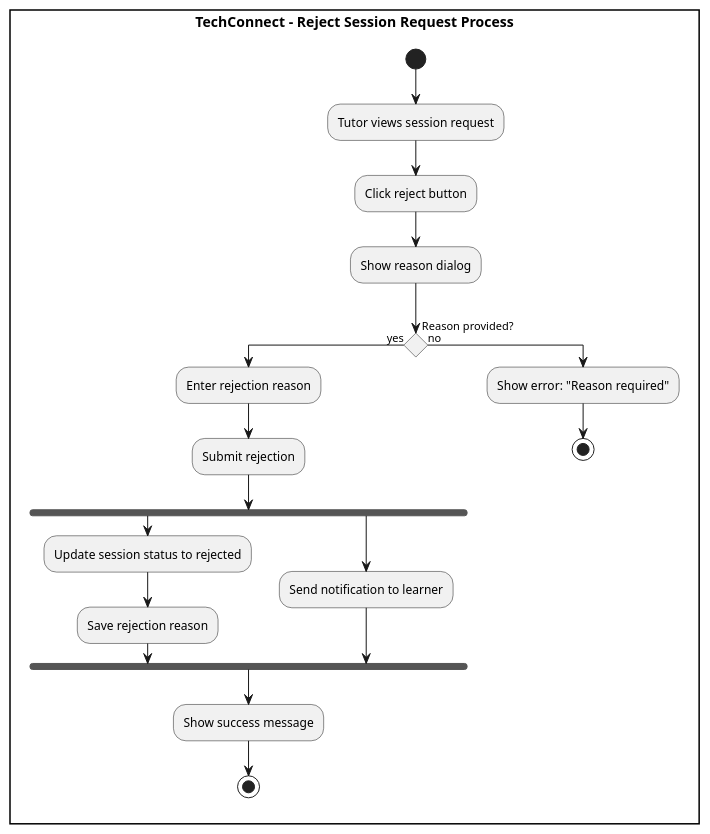
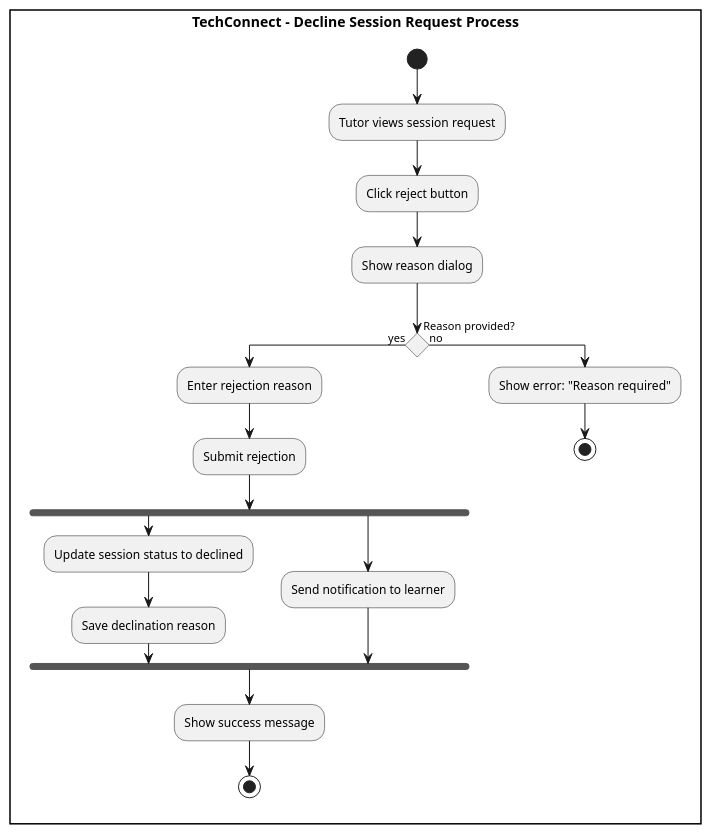
Before and after one commit to SCLK-0/techconnect: the fourth of 20 diagrams in diagrams/02-session-management-diagrams.md, drawn with PlantUML. The commit also changed other lines of this file and 33 other files, not shown here.

First line of the commit message:
Rename 'rejected' to 'declined' throughout codebase for better UX

````diff
--- a/diagrams/02-session-management-diagrams.md
+++ b/diagrams/02-session-management-diagrams.md
@@ -106,30 +106,30 @@
 ```plantuml
 @startuml
 skinparam conditionStyle diamond
 
-rectangle "**TechConnect - Reject Session Request Process**" {
+rectangle "**TechConnect - Decline Session Request Process**" {
 start
 :Tutor views session request;
 :Click reject button;
 :Show reason dialog;
 
 if (Reason provided?) then (yes)
   :Enter rejection reason;
   :Submit rejection;
   
   fork
-    :Update session status to rejected;
-    :Save rejection reason;
+    :Update session status to declined;
+    :Save declination reason;
   fork again
     :Send notification to learner;
   end fork
   
   :Show success message;
   stop
 else (no)
   :Show error: "Reason required";
   stop
 endif
 
 @enduml
 ```
````
